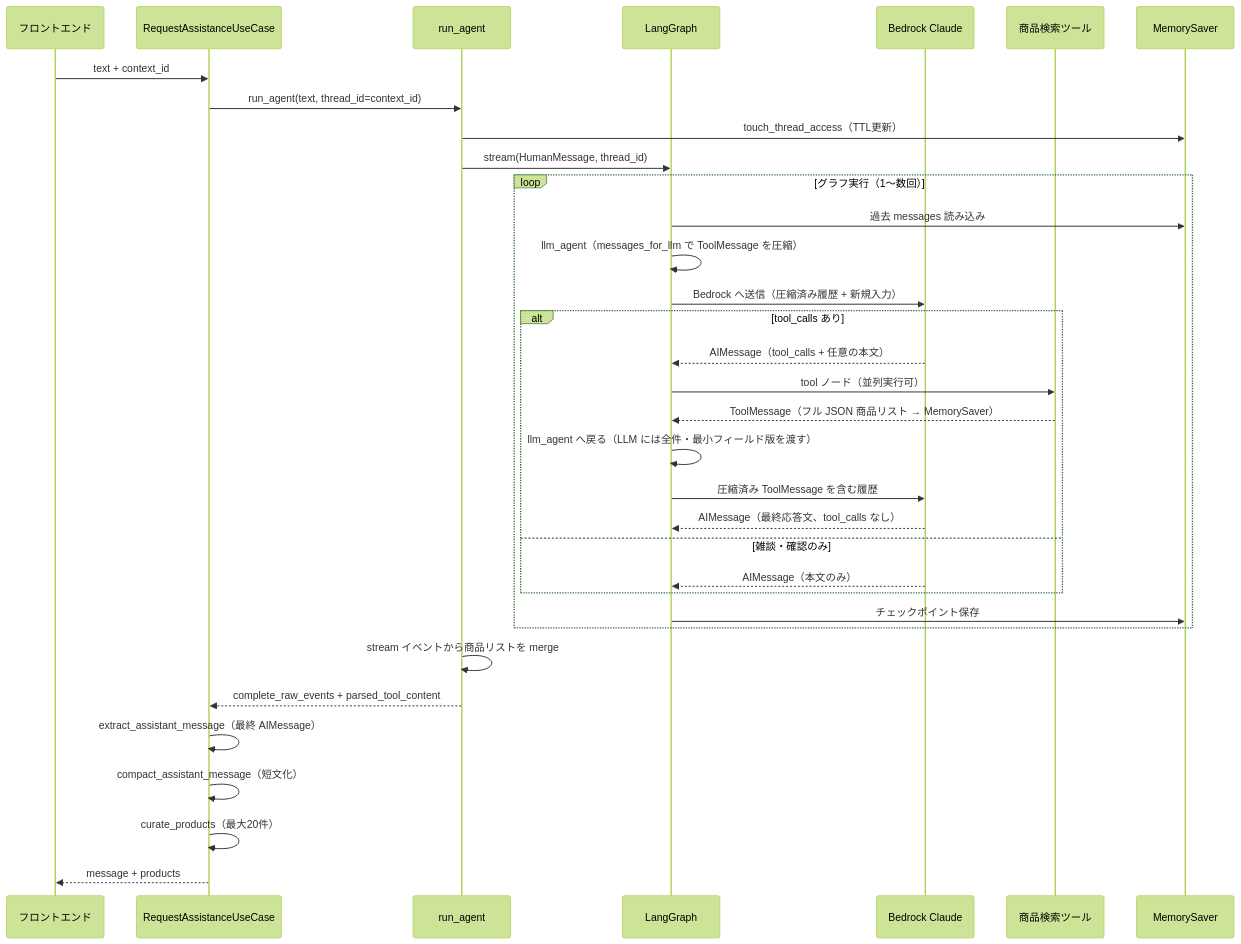
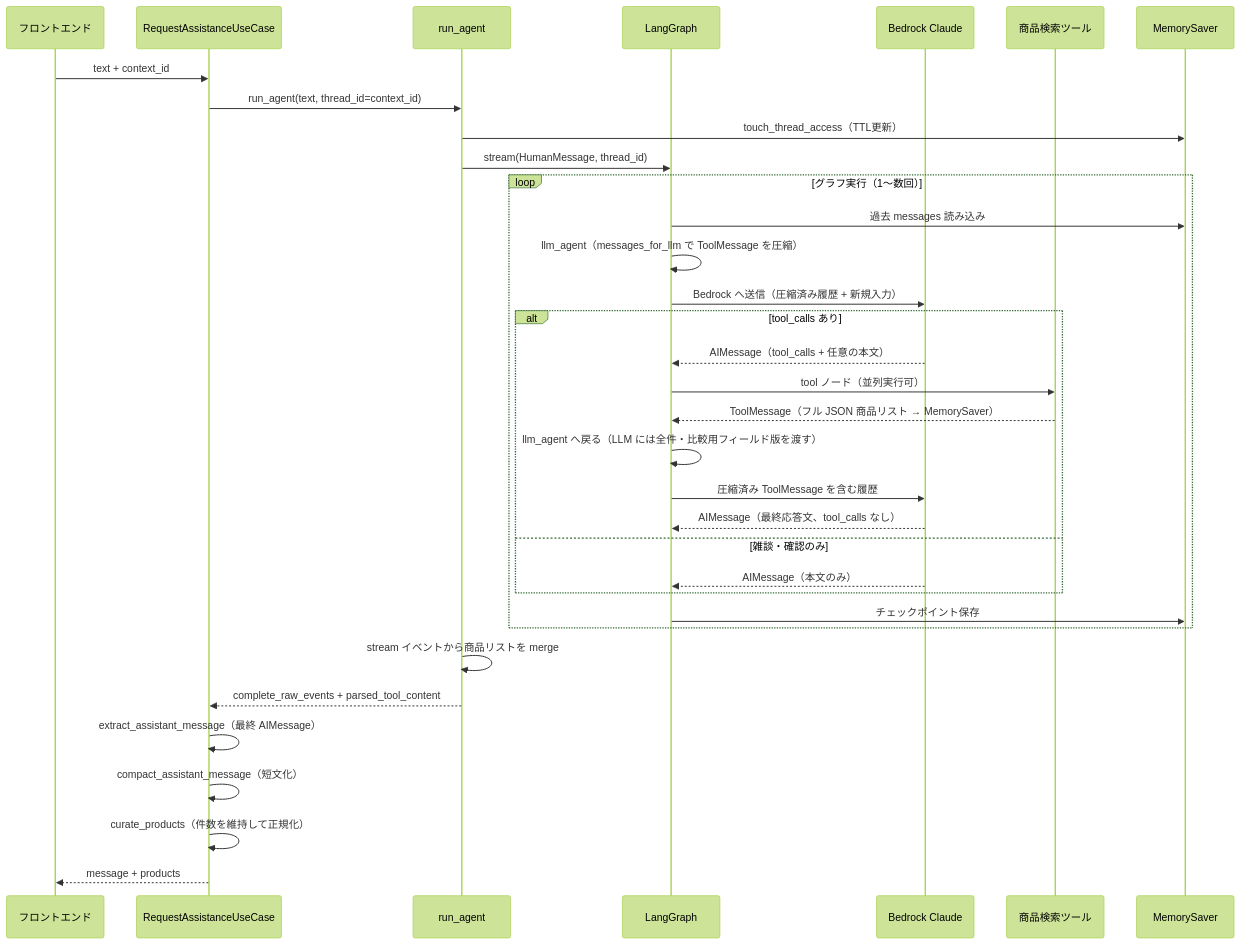
The first of 3 diagrams in docs/langgraph-agent.md (koichi2426/Shoppie), drawn with Mermaid (forest theme) before and after one commit. The commit also changed other lines of this file and 12 other files, not shown here.

````diff
--- a/docs/langgraph-agent.md
+++ b/docs/langgraph-agent.md
@@ -26,39 +26,39 @@
 ```mermaid
 sequenceDiagram
     participant FE as フロントエンド
     participant UC as RequestAssistanceUseCase
     participant RA as run_agent
     participant G as LangGraph
     participant LLM as Bedrock Claude
     participant T as 商品検索ツール
     participant M as MemorySaver
 
     FE->>UC: text + context_id
     UC->>RA: run_agent(text, thread_id=context_id)
     RA->>M: touch_thread_access（TTL更新）
     RA->>G: stream(HumanMessage, thread_id)
 
     loop グラフ実行（1〜数回）
         G->>M: 過去 messages 読み込み
         G->>G: llm_agent（messages_for_llm で ToolMessage を圧縮）
         G->>LLM: Bedrock へ送信（圧縮済み履歴 + 新規入力）
         alt tool_calls あり
             LLM-->>G: AIMessage（tool_calls + 任意の本文）
             G->>T: tool ノード（並列実行可）
             T-->>G: ToolMessage（フル JSON 商品リスト → MemorySaver）
-            G->>G: llm_agent へ戻る（LLM には全件・最小フィールド版を渡す）
+            G->>G: llm_agent へ戻る（LLM には全件・比較用フィールド版を渡す）
             G->>LLM: 圧縮済み ToolMessage を含む履歴
             LLM-->>G: AIMessage（最終応答文、tool_calls なし）
         else 雑談・確認のみ
             LLM-->>G: AIMessage（本文のみ）
         end
         G->>M: チェックポイント保存
     end
 
     RA->>RA: stream イベントから商品リストを merge
     RA-->>UC: complete_raw_events + parsed_tool_content
     UC->>UC: extract_assistant_message（最終 AIMessage）
     UC->>UC: compact_assistant_message（短文化）
-    UC->>UC: curate_products（最大20件）
+    UC->>UC: curate_products（件数を維持して正規化）
     UC-->>FE: message + products
 ```
````
